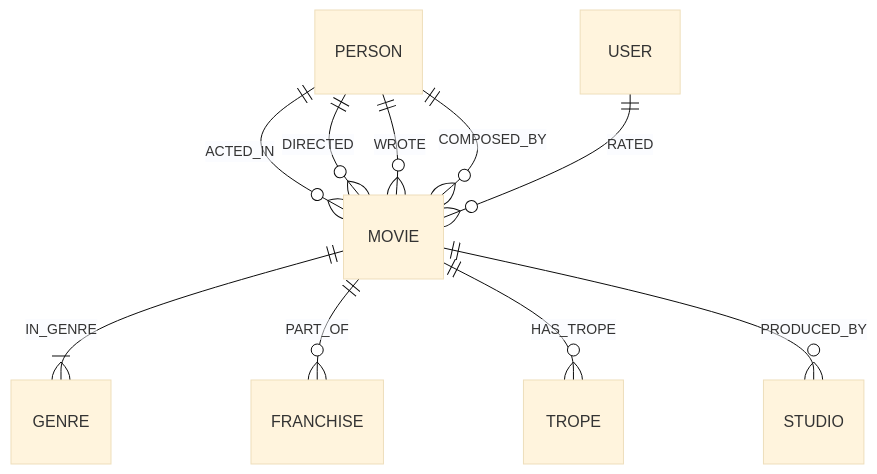
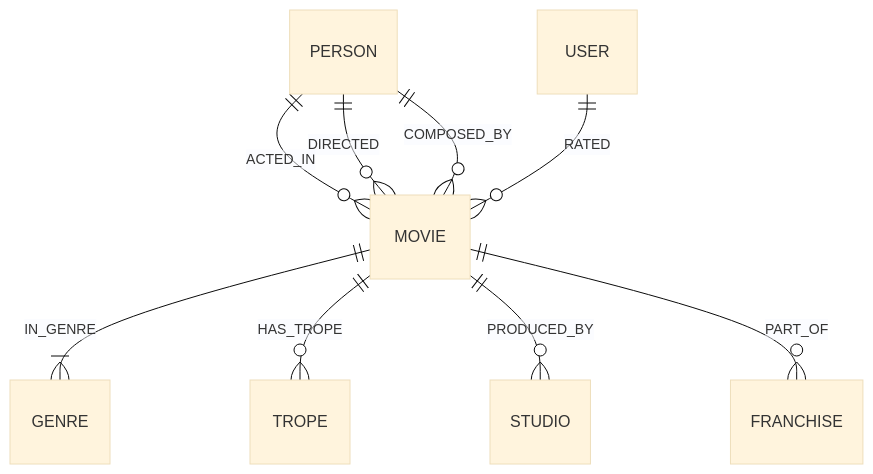
The diagram in README.md (Petermmuo05/cinegraph), drawn with Mermaid (base theme) before and after one commit. The commit also changed other lines of this file, not shown here.

````diff
--- a/README.md
+++ b/README.md
@@ -73,12 +80,11 @@
 ```mermaid
 erDiagram
     PERSON ||--o{ MOVIE : ACTED_IN
     PERSON ||--o{ MOVIE : DIRECTED
-    PERSON ||--o{ MOVIE : WROTE
     PERSON ||--o{ MOVIE : COMPOSED_BY
     MOVIE ||--|{ GENRE : IN_GENRE
-    MOVIE ||--o{ FRANCHISE : PART_OF
     MOVIE ||--o{ TROPE : HAS_TROPE
     MOVIE ||--o{ STUDIO : PRODUCED_BY
+    MOVIE ||--o{ FRANCHISE : PART_OF
     USER ||--o{ MOVIE : RATED
 ```
````
